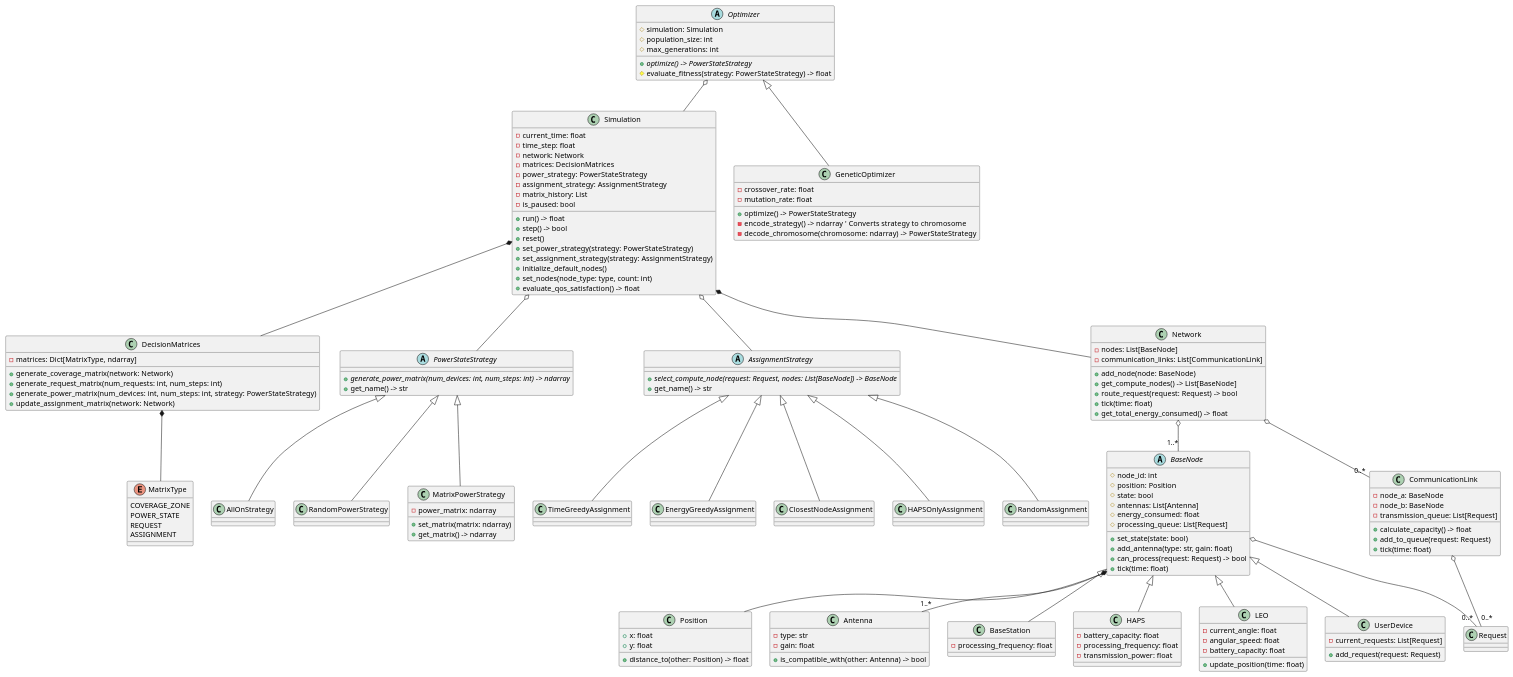
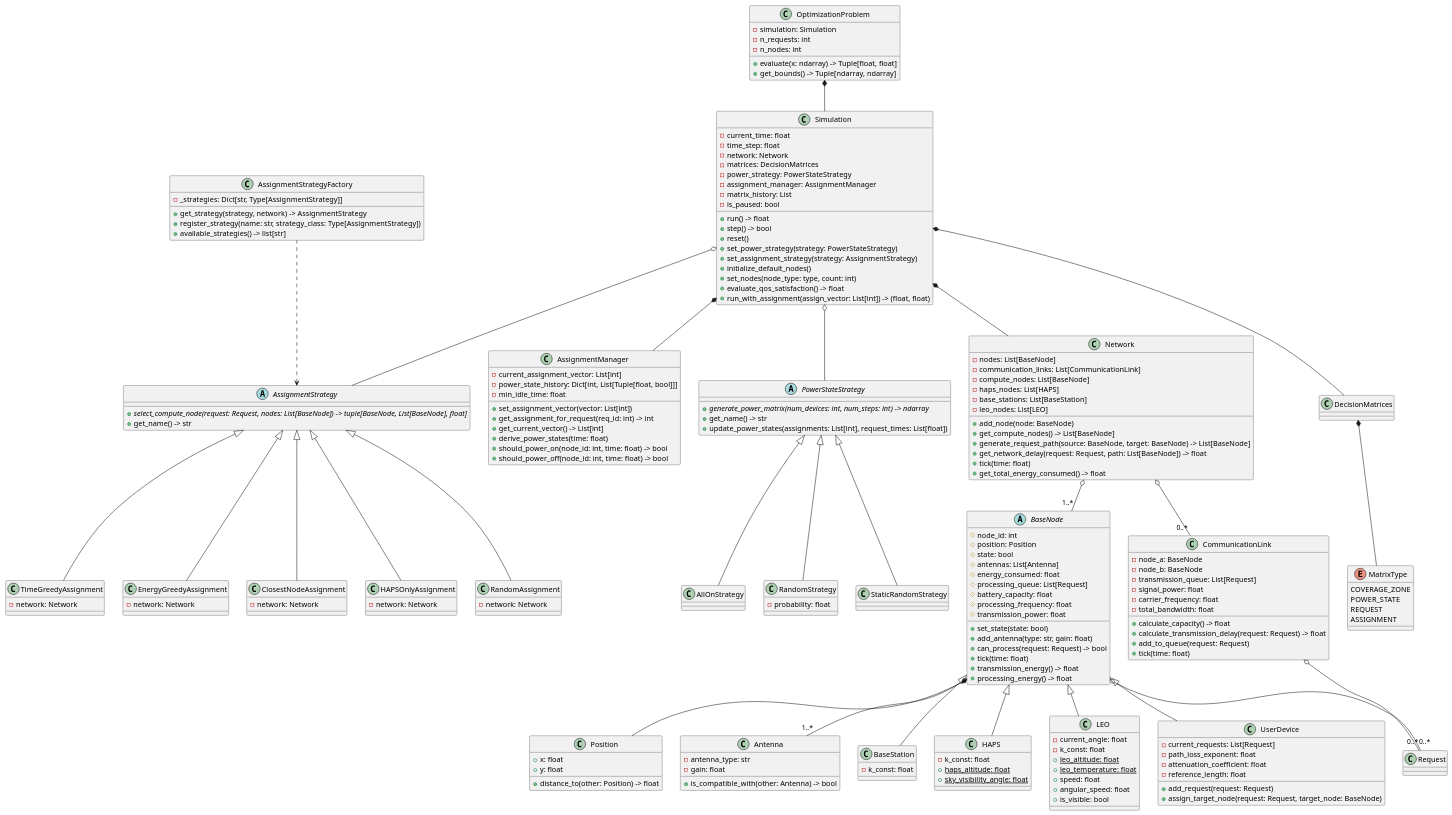
One commit to SimonR99/OptimisationNTN changed the diagram in doc/class_diagram.puml. Above: the diagram before and after it, drawn with PlantUML. The commit also changed 8 other files, not shown here.

```diff
--- a/doc/class_diagram.puml
+++ b/doc/class_diagram.puml
@@ -1,163 +1,198 @@
 @startuml
 
 ' Core Components
 class Simulation {
   - current_time: float
   - time_step: float
   - network: Network
   - matrices: DecisionMatrices
   - power_strategy: PowerStateStrategy
-  - assignment_strategy: AssignmentStrategy
+  - assignment_manager: AssignmentManager
   - matrix_history: List
   - is_paused: bool
   + run() -> float
   + step() -> bool
   + reset()
   + set_power_strategy(strategy: PowerStateStrategy)
   + set_assignment_strategy(strategy: AssignmentStrategy)
   + initialize_default_nodes()
   + set_nodes(node_type: type, count: int)
   + evaluate_qos_satisfaction() -> float
+  + run_with_assignment(assign_vector: List[int]) -> (float, float)
 }
 
-class DecisionMatrices {
-  - matrices: Dict[MatrixType, ndarray]
-  + generate_coverage_matrix(network: Network)
-  + generate_request_matrix(num_requests: int, num_steps: int)
-  + generate_power_matrix(num_devices: int, num_steps: int, strategy: PowerStateStrategy)
-  + update_assignment_matrix(network: Network)
+class AssignmentManager {
+  - current_assignment_vector: List[int]
+  - power_state_history: Dict[int, List[Tuple[float, bool]]]
+  - min_idle_time: float
+  + set_assignment_vector(vector: List[int])
+  + get_assignment_for_request(req_id: int) -> int
+  + get_current_vector() -> List[int]
+  + derive_power_states(time: float)
+  + should_power_on(node_id: int, time: float) -> bool
+  + should_power_off(node_id: int, time: float) -> bool
+}
+
+class OptimizationProblem {
+  - simulation: Simulation
+  - n_requests: int
+  - n_nodes: int
+  + evaluate(x: ndarray) -> Tuple[float, float]
+  + get_bounds() -> Tuple[ndarray, ndarray]
 }
 
 ' Strategy Hierarchy
 abstract class PowerStateStrategy {
   + {abstract} generate_power_matrix(num_devices: int, num_steps: int) -> ndarray
   + get_name() -> str
+  + update_power_states(assignments: List[int], request_times: List[float])
 }
 
 abstract class AssignmentStrategy {
-  + {abstract} select_compute_node(request: Request, nodes: List[BaseNode]) -> BaseNode
+  + {abstract} select_compute_node(request: Request, nodes: List[BaseNode]) -> tuple[BaseNode, List[BaseNode], float]
   + get_name() -> str
 }
 
 ' Power State Implementations
 class AllOnStrategy extends PowerStateStrategy
-class RandomPowerStrategy extends PowerStateStrategy
-class MatrixPowerStrategy extends PowerStateStrategy {
-  - power_matrix: ndarray
-  + set_matrix(matrix: ndarray)
-  + get_matrix() -> ndarray
+class RandomStrategy extends PowerStateStrategy {
+  - probability: float
+}
+class StaticRandomStrategy extends PowerStateStrategy
+
+' Assignment Implementations
+class TimeGreedyAssignment extends AssignmentStrategy {
+  - network: Network
+}
+class EnergyGreedyAssignment extends AssignmentStrategy {
+  - network: Network
+}
+class ClosestNodeAssignment extends AssignmentStrategy {
+  - network: Network
+}
+class HAPSOnlyAssignment extends AssignmentStrategy {
+  - network: Network
+}
+class RandomAssignment extends AssignmentStrategy {
+  - network: Network
 }
 
-' Assignment Implementations
-class TimeGreedyAssignment extends AssignmentStrategy
-class EnergyGreedyAssignment extends AssignmentStrategy
-class ClosestNodeAssignment extends AssignmentStrategy
-class HAPSOnlyAssignment extends AssignmentStrategy
-class RandomAssignment extends AssignmentStrategy
+class AssignmentStrategyFactory {
+  - _strategies: Dict[str, Type[AssignmentStrategy]]
+  + get_strategy(strategy, network) -> AssignmentStrategy
+  + register_strategy(name: str, strategy_class: Type[AssignmentStrategy])
+  + available_strategies() -> list[str]
+}
 
 ' Network Components
 class Network {
   - nodes: List[BaseNode]
   - communication_links: List[CommunicationLink]
+  - compute_nodes: List[BaseNode]
+  - haps_nodes: List[HAPS]
+  - base_stations: List[BaseStation]
+  - leo_nodes: List[LEO]
   + add_node(node: BaseNode)
   + get_compute_nodes() -> List[BaseNode]
-  + route_request(request: Request) -> bool
+  + generate_request_path(source: BaseNode, target: BaseNode) -> List[BaseNode]
+  + get_network_delay(request: Request, path: List[BaseNode]) -> float
   + tick(time: float)
   + get_total_energy_consumed() -> float
 }
 
 abstract class BaseNode {
   # node_id: int
   # position: Position
   # state: bool
   # antennas: List[Antenna]
   # energy_consumed: float
   # processing_queue: List[Request]
+  # battery_capacity: float
+  # processing_frequency: float
+  # transmission_power: float
   + set_state(state: bool)
   + add_antenna(type: str, gain: float)
   + can_process(request: Request) -> bool
   + tick(time: float)
+  + transmission_energy() -> float
+  + processing_energy() -> float
 }
 
 class Position {
   + x: float
   + y: float
   + distance_to(other: Position) -> float
 }
 
 class Antenna {
-  - type: str
+  - antenna_type: str
   - gain: float
   + is_compatible_with(other: Antenna) -> bool
 }
 
 class BaseStation extends BaseNode {
-  - processing_frequency: float
+  - k_const: float
 }
 
 class HAPS extends BaseNode {
-  - battery_capacity: float
-  - processing_frequency: float
-  - transmission_power: float
+  - k_const: float
+  {static} + haps_altitude: float
+  {static} + sky_visibility_angle: float
 }
 
 class LEO extends BaseNode {
   - current_angle: float
-  - angular_speed: float
-  - battery_capacity: float
-  + update_position(time: float)
+  - k_const: float
+  {static} + leo_altitude: float
+  {static} + leo_temperature: float
+  + speed: float
+  + angular_speed: float
+  + is_visible: bool
 }
 
 class UserDevice extends BaseNode {
   - current_requests: List[Request]
+  - path_loss_exponent: float
+  - attenuation_coefficient: float
+  - reference_length: float
   + add_request(request: Request)
+  + assign_target_node(request: Request, target_node: BaseNode)
 }
 
 class CommunicationLink {
   - node_a: BaseNode
   - node_b: BaseNode
   - transmission_queue: List[Request]
+  - signal_power: float
+  - carrier_frequency: float
+  - total_bandwidth: float
   + calculate_capacity() -> float
+  + calculate_transmission_delay(request: Request) -> float
   + add_to_queue(request: Request)
   + tick(time: float)
-}
-
-' Optimizers
-abstract class Optimizer {
-  # simulation: Simulation
-  # population_size: int
-  # max_generations: int
-  + {abstract} optimize() -> PowerStateStrategy
-  # evaluate_fitness(strategy: PowerStateStrategy) -> float
-}
-
-class GeneticOptimizer extends Optimizer {
-  - crossover_rate: float
-  - mutation_rate: float
-  + optimize() -> PowerStateStrategy
-  - encode_strategy() -> ndarray  ' Converts strategy to chromosome
-  - decode_chromosome(chromosome: ndarray) -> PowerStateStrategy
 }
 
 enum MatrixType {
   COVERAGE_ZONE
   POWER_STATE
   REQUEST
   ASSIGNMENT
 }
 
 ' Relationships
 Simulation *-- Network
 Simulation *-- DecisionMatrices
+Simulation *-- AssignmentManager
 Simulation o-- PowerStateStrategy
 Simulation o-- AssignmentStrategy
 DecisionMatrices *-- MatrixType
 Network o-- "1..*" BaseNode
 Network o-- "0..*" CommunicationLink
 BaseNode *-- Position
 BaseNode o-- "1..*" Antenna
 BaseNode o-- "0..*" Request
 CommunicationLink o-- "0..*" Request
-Optimizer o-- Simulation
+AssignmentStrategyFactory ..> AssignmentStrategy
+OptimizationProblem *-- Simulation
 
 @enduml
```
